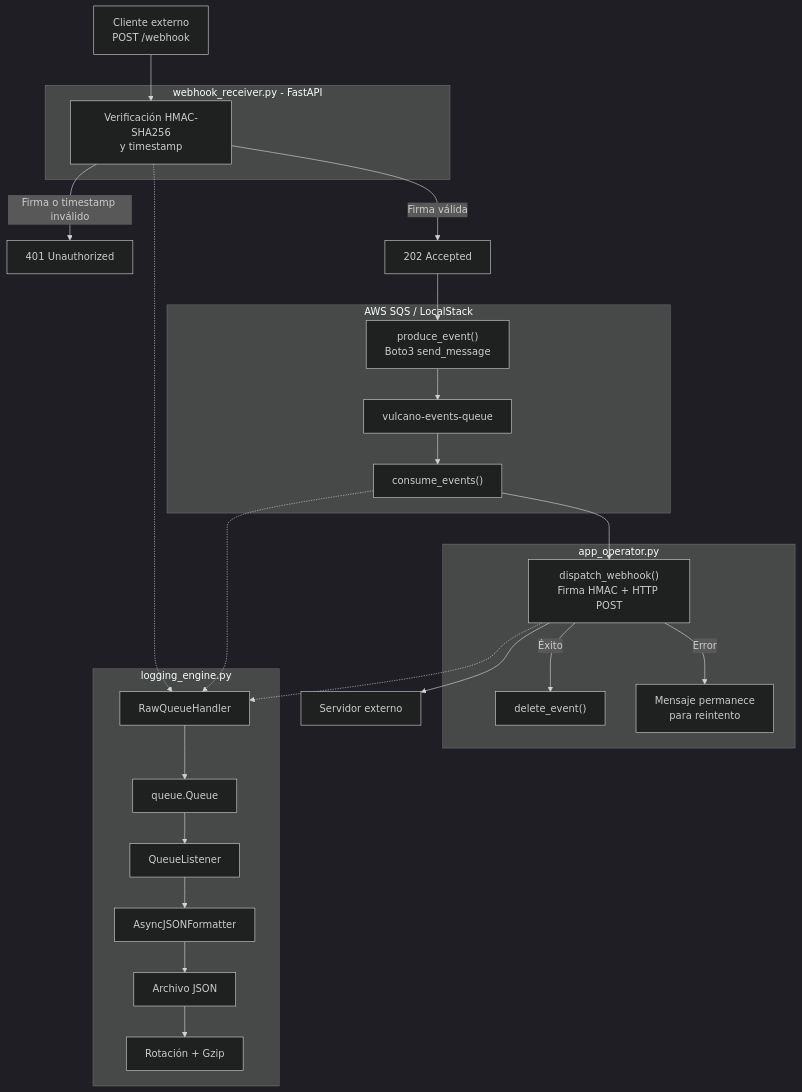
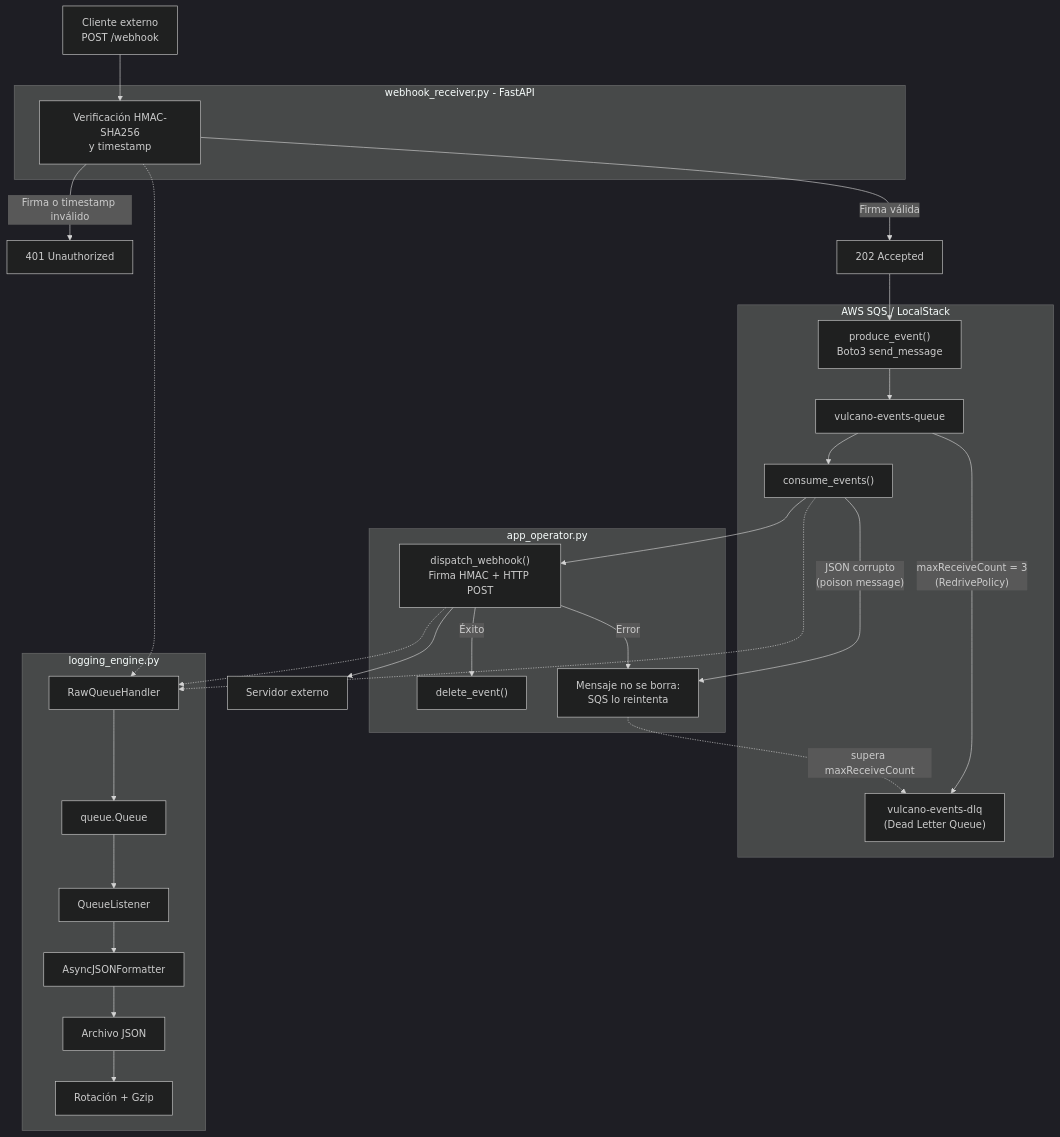
One commit to agustinalomoro6/vulcano_engine changed the diagram in README.md. Above: the diagram before and after it, drawn with Mermaid (dark theme). The commit also changed other lines of this file and 6 other files, not shown here.

````diff
--- a/README.md
+++ b/README.md
@@ -65,40 +70,43 @@
 ```mermaid
 flowchart TD
     A["Cliente externo<br/>POST /webhook"] --> B
 
     subgraph Receiver["webhook_receiver.py - FastAPI"]
         B["Verificación HMAC-SHA256<br/>y timestamp"]
     end
 
     B -->|Firma o timestamp inválido| C["401 Unauthorized"]
     B -->|Firma válida| D["202 Accepted"]
     D --> E["produce_event()<br/>Boto3 send_message"]
 
     subgraph SQS["AWS SQS / LocalStack"]
         E --> F["vulcano-events-queue"]
         F --> H["consume_events()"]
+        F -->|"maxReceiveCount = 3<br/>(RedrivePolicy)"| DLQ["vulcano-events-dlq<br/>(Dead Letter Queue)"]
     end
 
     subgraph Dispatcher["app_operator.py"]
         H --> I["dispatch_webhook()<br/>Firma HMAC + HTTP POST"]
         I -->|Éxito| J["delete_event()"]
-        I -->|Error| K["Mensaje permanece<br/>para reintento"]
+        I -->|Error| K["Mensaje no se borra:<br/>SQS lo reintenta"]
+        H -->|"JSON corrupto<br/>(poison message)"| K
     end
 
+    K -.->|"supera maxReceiveCount"| DLQ
     I --> L["Servidor externo"]
 
     subgraph Logging["logging_engine.py"]
         M["RawQueueHandler"]
         N["queue.Queue"]
         O["QueueListener"]
         P["AsyncJSONFormatter"]
         Q["Archivo JSON"]
         R["Rotación + Gzip"]
 
         M --> N --> O --> P --> Q --> R
     end
 
     B -.-> M
     H -.-> M
     I -.-> M
 ```
````
